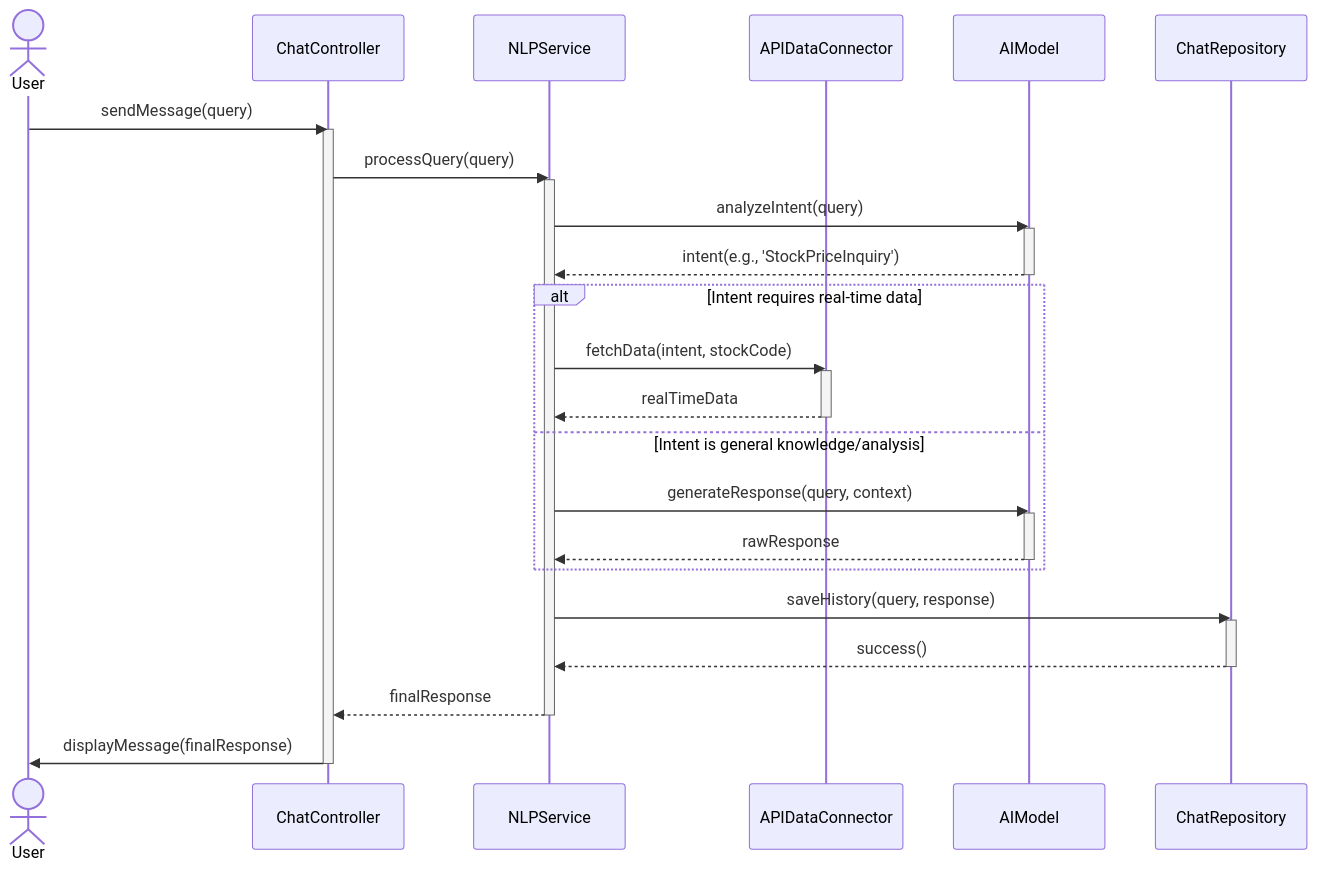
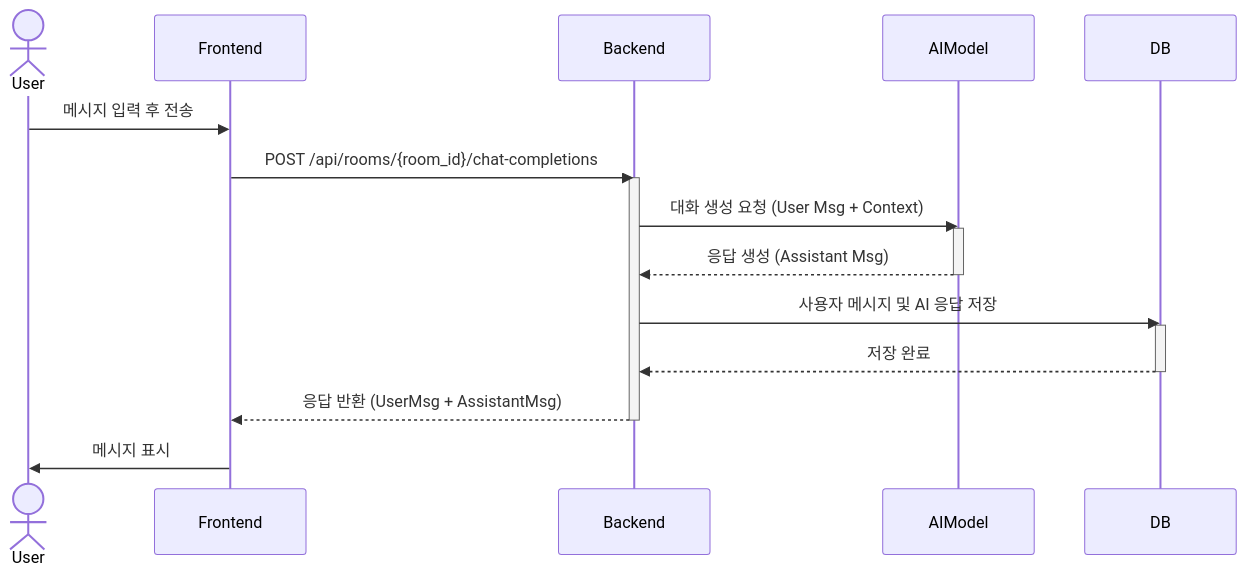
The fifth of 18 diagrams in 문서/SDS/SDS_[Alphabot]_4_SequenceDiagram.md (YU-SoftwareEng/AlphaBot), drawn with Mermaid before and after one commit. The commit also changed other lines of this file and 2 other files, not shown here.

````diff
--- a/문서/SDS/SDS_[Alphabot]_4_SequenceDiagram.md
+++ b/문서/SDS/SDS_[Alphabot]_4_SequenceDiagram.md
@@ -134,42 +113,27 @@
 ```mermaid
 sequenceDiagram
     actor User
-    participant ChatController
-    participant NLPService
-    participant APIDataConnector
+    participant Frontend
+    participant Backend
     participant AIModel
-    participant ChatRepository
+    participant DB
     
-    User->>ChatController: sendMessage(query)
-    activate ChatController
+    User->>Frontend: 메시지 입력 후 전송
+    Frontend->>Backend: POST /api/rooms/{room_id}/chat-completions
+    activate Backend
     
-    ChatController->>NLPService: processQuery(query)
-    activate NLPService
-    NLPService->>AIModel: analyzeIntent(query)
+    Backend->>AIModel: 대화 생성 요청 (User Msg + Context)
     activate AIModel
-    AIModel-->>NLPService: intent(e.g., 'StockPriceInquiry')
+    AIModel-->>Backend: 응답 생성 (Assistant Msg)
     deactivate AIModel
     
-    alt Intent requires real-time data
-        NLPService->>APIDataConnector: fetchData(intent, stockCode)
-        activate APIDataConnector
-        APIDataConnector-->>NLPService: realTimeData
-        deactivate APIDataConnector
-    else Intent is general knowledge/analysis
-        NLPService->>AIModel: generateResponse(query, context)
-        activate AIModel
-        AIModel-->>NLPService: rawResponse
-        deactivate AIModel
-    end
+    Backend->>DB: 사용자 메시지 및 AI 응답 저장
+    activate DB
+    DB-->>Backend: 저장 완료
+    deactivate DB
     
-    NLPService->>ChatRepository: saveHistory(query, response)
-    activate ChatRepository
-    ChatRepository-->>NLPService: success()
-    deactivate ChatRepository
+    Backend-->>Frontend: 응답 반환 (UserMsg + AssistantMsg)
+    deactivate Backend
     
-    NLPService-->>ChatController: finalResponse
-    deactivate NLPService
-    
-    ChatController->>User: displayMessage(finalResponse)
-    deactivate ChatController
+    Frontend->>User: 메시지 표시
 ```
````
